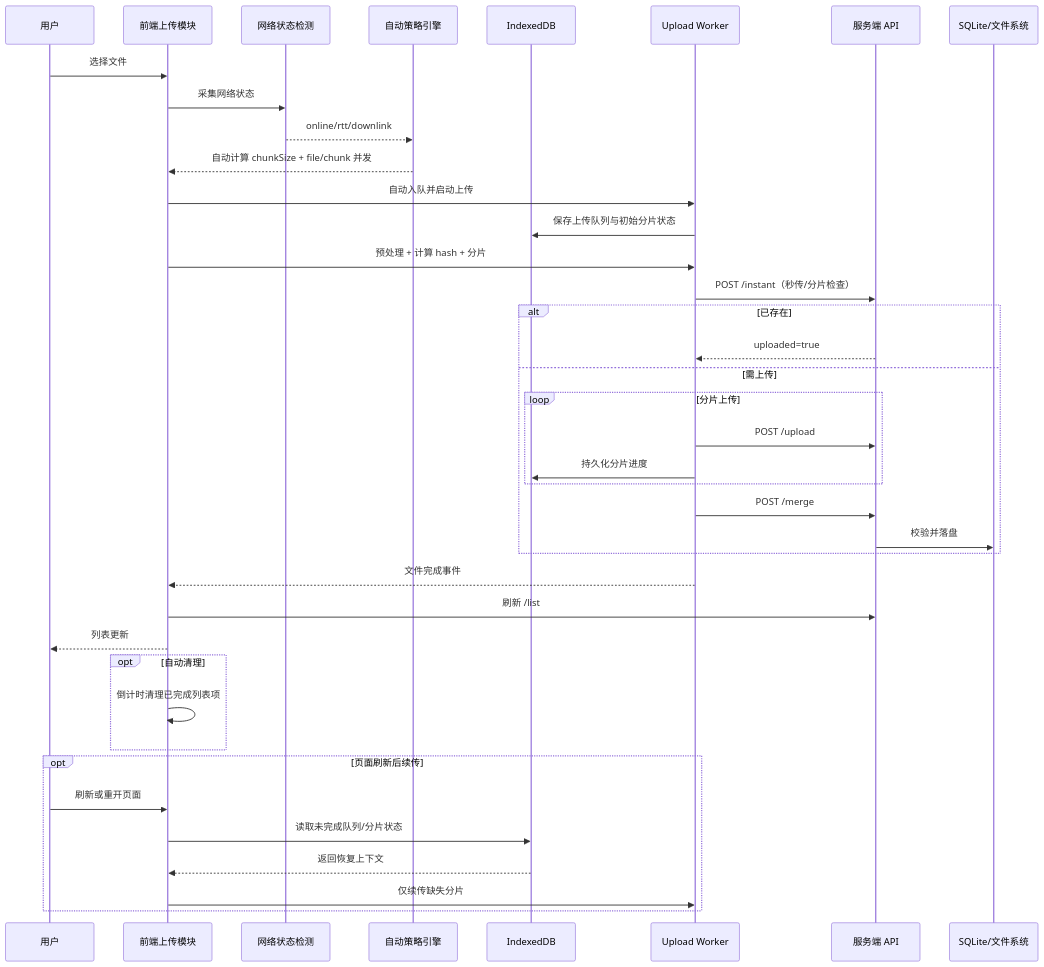
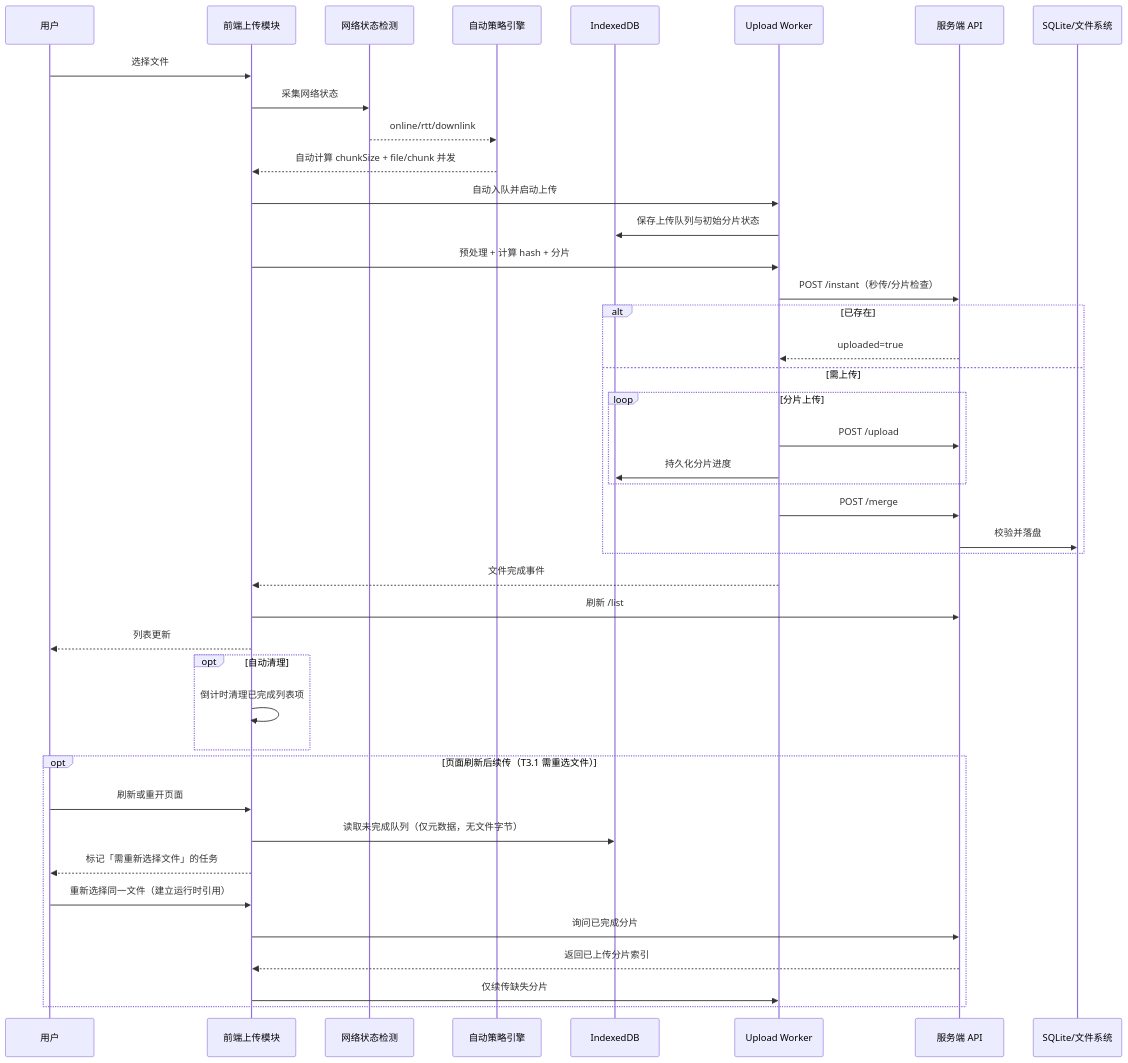
The second of 3 diagrams in README.md (frankvane/react-upload-indexeddb), drawn with Mermaid before and after one commit. The commit also changed other lines of this file and 23 other files, not shown here.

````diff
--- a/README.md
+++ b/README.md
@@ -72,42 +73,45 @@
 ```mermaid
 sequenceDiagram
   participant U as 用户
   participant C as 前端上传模块
   participant N as 网络状态检测
   participant P as 自动策略引擎
   participant IDB as IndexedDB
   participant W as Upload Worker
   participant S as 服务端 API
   participant DB as SQLite/文件系统
 
   U->>C: 选择文件
   C->>N: 采集网络状态
   N-->>P: online/rtt/downlink
   P-->>C: 自动计算 chunkSize + file/chunk 并发
   C->>W: 自动入队并启动上传
   W->>IDB: 保存上传队列与初始分片状态
   C->>W: 预处理 + 计算 hash + 分片
   W->>S: POST /instant（秒传/分片检查）
   alt 已存在
     S-->>W: uploaded=true
   else 需上传
     loop 分片上传
       W->>S: POST /upload
       W->>IDB: 持久化分片进度
     end
     W->>S: POST /merge
     S->>DB: 校验并落盘
   end
   W-->>C: 文件完成事件
   C->>S: 刷新 /list
   C-->>U: 列表更新
   opt 自动清理
     C->>C: 倒计时清理已完成列表项
   end
-  opt 页面刷新后续传
+  opt 页面刷新后续传（T3.1 需重选文件）
     U->>C: 刷新或重开页面
-    C->>IDB: 读取未完成队列/分片状态
-    IDB-->>C: 返回恢复上下文
+    C->>IDB: 读取未完成队列（仅元数据，无文件字节）
+    C-->>U: 标记「需重新选择文件」的任务
+    U->>C: 重新选择同一文件（建立运行时引用）
+    C->>S: 询问已完成分片
+    S-->>C: 返回已上传分片索引
     C->>W: 仅续传缺失分片
   end
 ```
````
